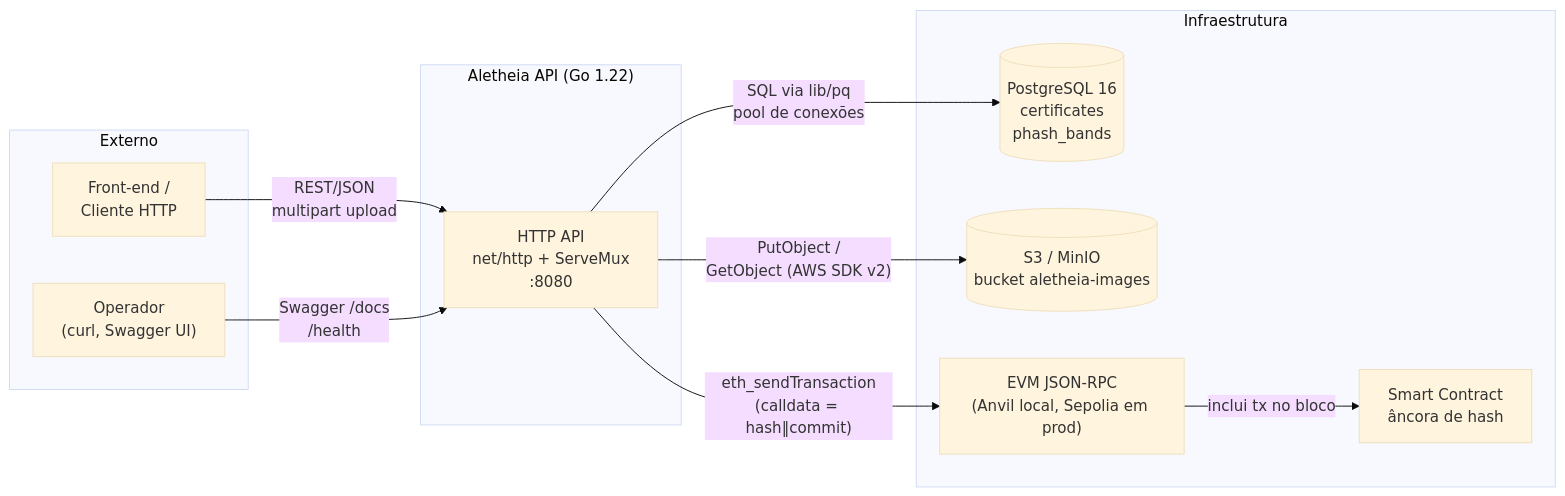
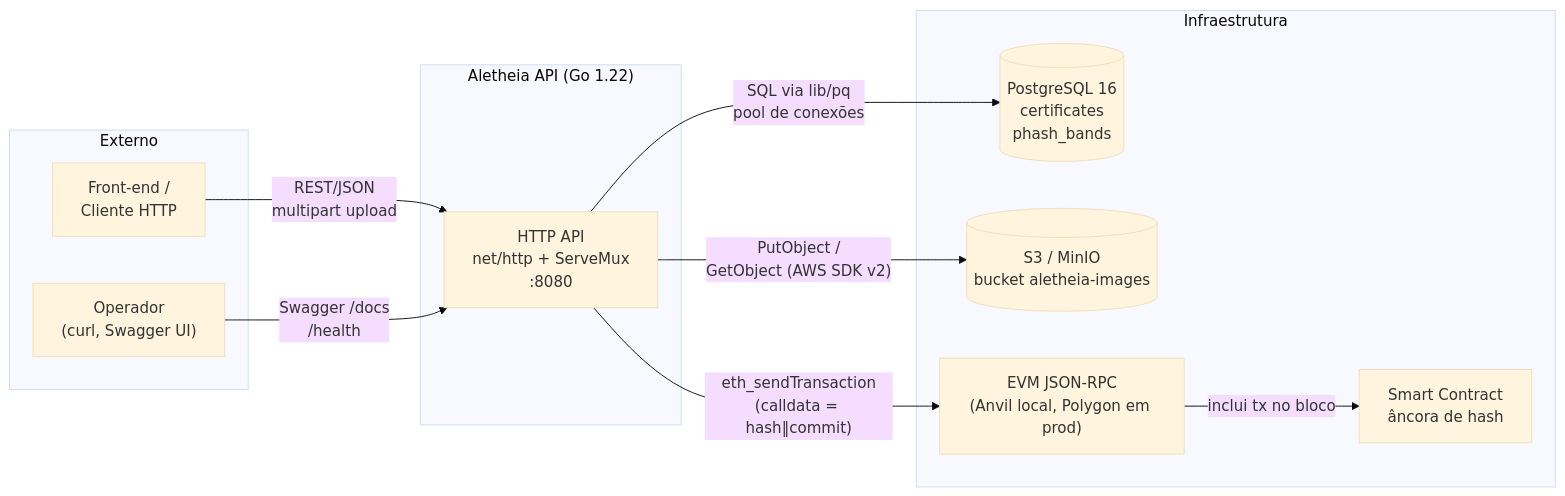
The first of 5 diagrams in docs/ARCHITECTURE.md (waizbart/aletheia-api), drawn with Mermaid (base theme) before and after one commit. The commit also changed other lines of this file and 1 other file, not shown here.

Commit message:
docs: update EVM JSON-RPC endpoint references from Sepolia to Polygon

````diff
--- a/docs/ARCHITECTURE.md
+++ b/docs/ARCHITECTURE.md
@@ -11,26 +11,26 @@
 ```mermaid
 flowchart LR
     subgraph Externo
         FE["Front-end /<br/>Cliente HTTP"]
         OP["Operador<br/>(curl, Swagger UI)"]
     end
 
     subgraph Aletheia["Aletheia API (Go 1.22)"]
         API["HTTP API<br/>net/http + ServeMux<br/>:8080"]
     end
 
     subgraph Infra["Infraestrutura"]
         DB[("PostgreSQL 16<br/>certificates<br/>phash_bands")]
         S3[("S3 / MinIO<br/>bucket aletheia-images")]
-        CHAIN["EVM JSON-RPC<br/>(Anvil local, Sepolia em prod)"]
+        CHAIN["EVM JSON-RPC<br/>(Anvil local, Polygon em prod)"]
         SC["Smart Contract<br/>âncora de hash"]
     end
 
     FE -- "REST/JSON<br/>multipart upload" --> API
     OP -- "Swagger /docs<br/>/health" --> API
 
     API -- "SQL via lib/pq<br/>pool de conexões" --> DB
     API -- "PutObject /<br/>GetObject (AWS SDK v2)" --> S3
     API -- "eth_sendTransaction<br/>(calldata = hash‖commit)" --> CHAIN
     CHAIN -- "inclui tx no bloco" --> SC
 ```
````
